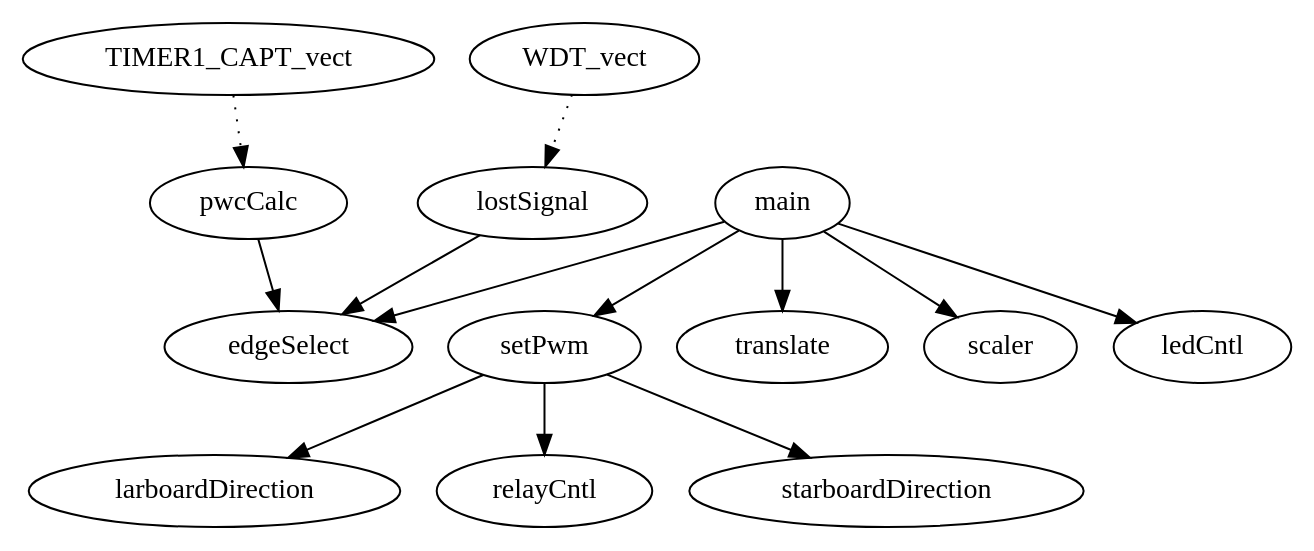
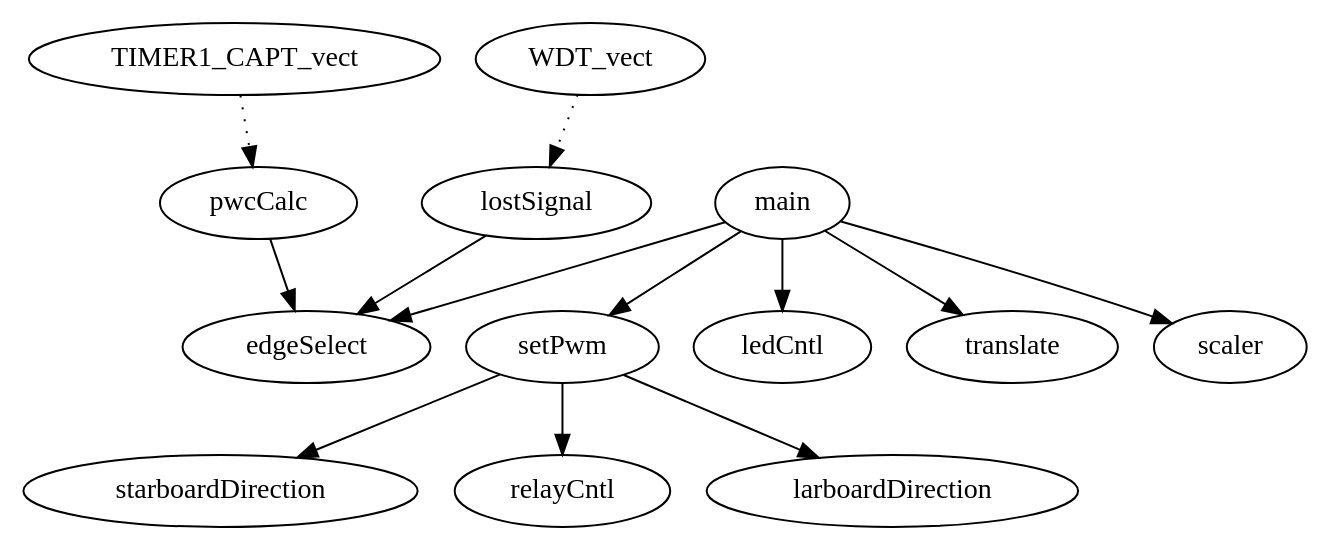
The diagram in Firmware/Propulsion/piruett.dot (bjornburton/champbot), drawn with Graphviz before and after one commit. The commit also changed other lines of this file and 7 other files, not shown here.

```diff
--- a/Firmware/Propulsion/piruett.dot
+++ b/Firmware/Propulsion/piruett.dot
@@ -1,14 +1,14 @@
 digraph callgraph {
+"setPwm" -> "starboardDirection" [style=solid];
+"setPwm" -> "relayCntl" [style=solid];
+"setPwm" -> "larboardDirection" [style=solid];
 "TIMER1_CAPT_vect" -> "pwcCalc" [style=dotted];
-"setPwm" -> "larboardDirection" [style=solid];
-"setPwm" -> "relayCntl" [style=solid];
-"setPwm" -> "starboardDirection" [style=solid];
+"pwcCalc" -> "edgeSelect" [style=solid];
+"main" -> "edgeSelect" [style=solid];
+"main" -> "setPwm" [style=solid];
+"main" -> "ledCntl" [style=solid];
+"main" -> "translate" [style=solid];
+"main" -> "scaler" [style=solid];
 "WDT_vect" -> "lostSignal" [style=dotted];
-"pwcCalc" -> "edgeSelect" [style=solid];
 "lostSignal" -> "edgeSelect" [style=solid];
-"main" -> "edgeSelect" [style=solid];
-"main" -> "translate" [style=solid];
-"main" -> "setPwm" [style=solid];
-"main" -> "scaler" [style=solid];
-"main" -> "ledCntl" [style=solid];
 }
```
